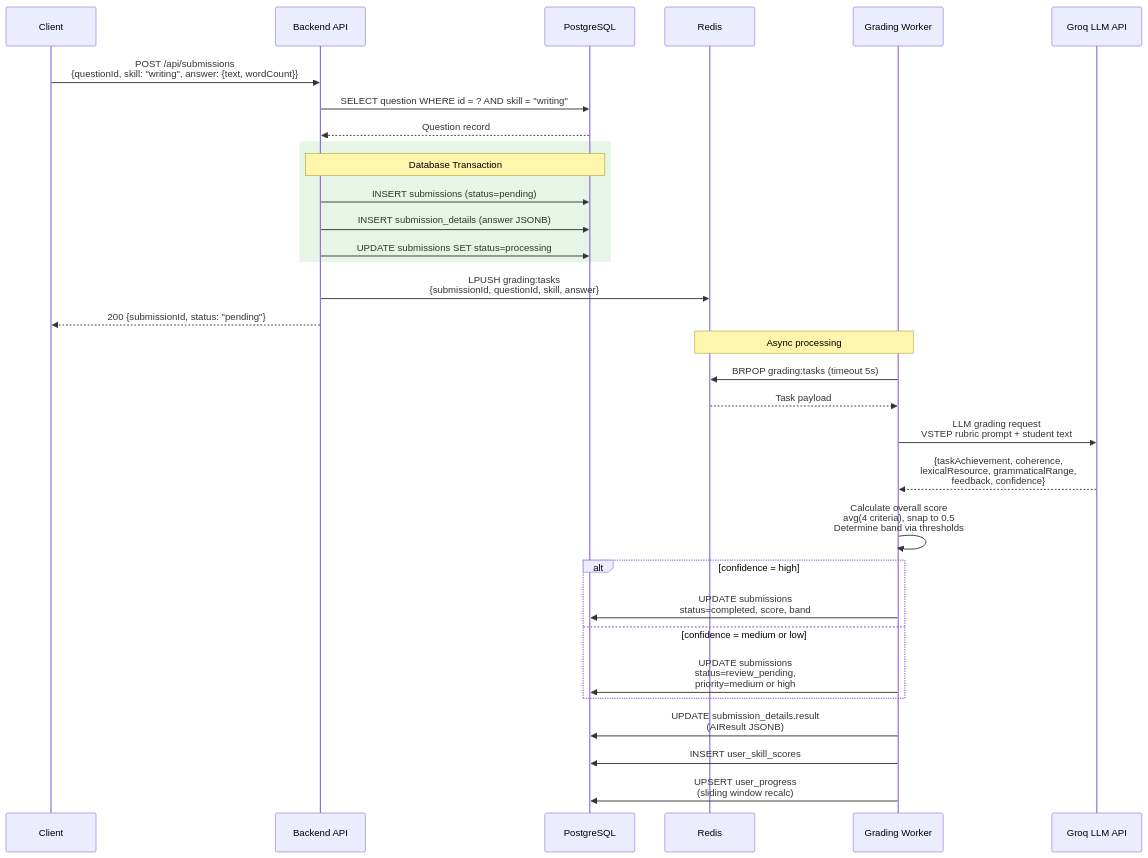
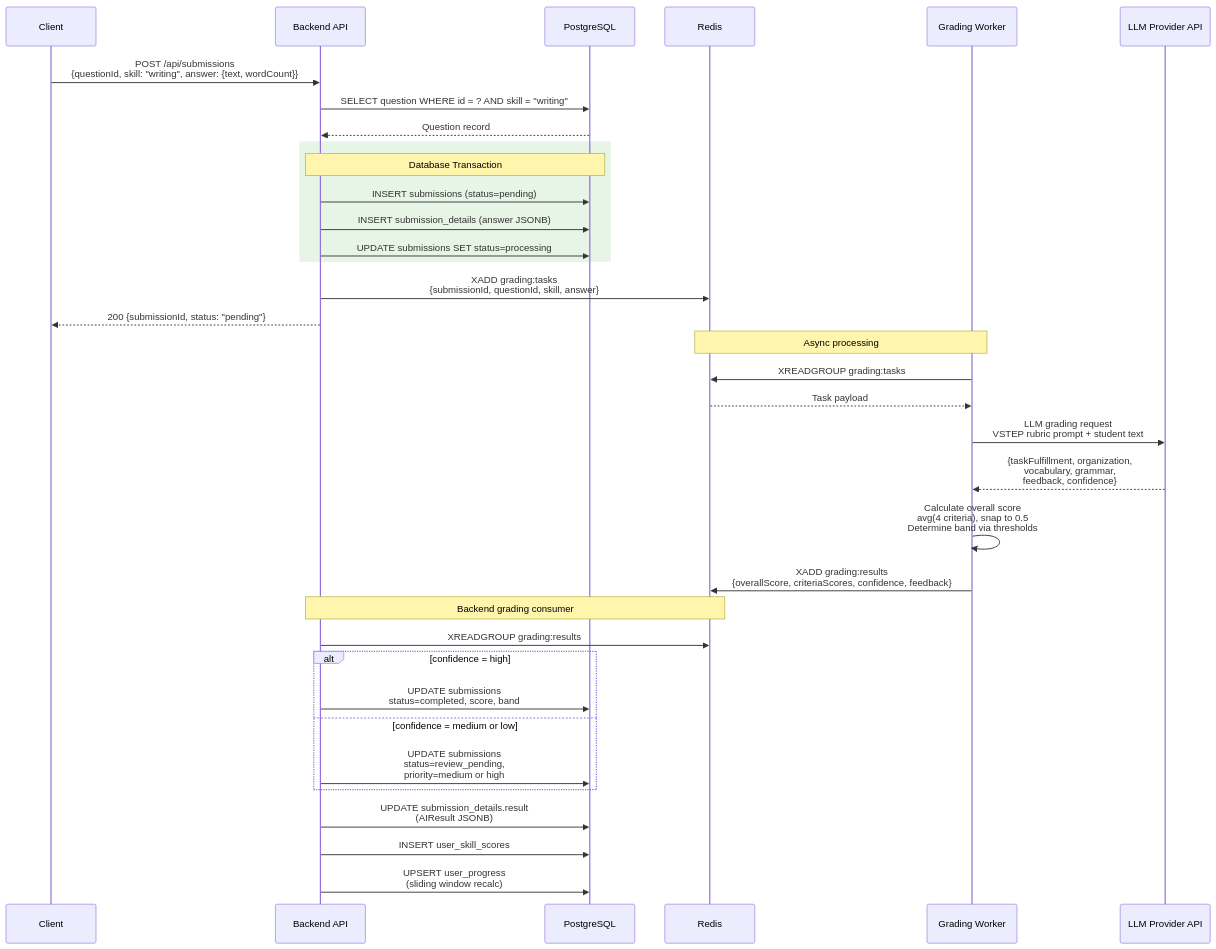
One commit to 81CuongVn/VSTEP changed the eighth of 16 diagrams in docs/capstone/reports/VI/report4-software-design-document.md. Above: the diagram before and after it, drawn with Mermaid. The commit also changed other lines of this file and 1 other file, not shown here.

````diff
--- a/docs/capstone/reports/VI/report4-software-design-document.md
+++ b/docs/capstone/reports/VI/report4-software-design-document.md
@@ -497,42 +491,47 @@
 ```mermaid
 sequenceDiagram
     participant C as Client
     participant B as Backend API
     participant DB as PostgreSQL
     participant R as Redis
     participant W as Grading Worker
-    participant G as Groq LLM API
+    participant G as LLM Provider API
 
     C->>B: POST /api/submissions<br/>{questionId, skill: "writing", answer: {text, wordCount}}
     B->>DB: SELECT question WHERE id = ? AND skill = "writing"
     DB-->>B: Question record
 
     rect rgb(230, 245, 230)
         Note over B,DB: Database Transaction
         B->>DB: INSERT submissions (status=pending)
         B->>DB: INSERT submission_details (answer JSONB)
         B->>DB: UPDATE submissions SET status=processing
     end
 
-    B->>R: LPUSH grading:tasks<br/>{submissionId, questionId, skill, answer}
+    B->>R: XADD grading:tasks<br/>{submissionId, questionId, skill, answer}
     B-->>C: 200 {submissionId, status: "pending"}
 
     Note over W,R: Async processing
-    W->>R: BRPOP grading:tasks (timeout 5s)
+    W->>R: XREADGROUP grading:tasks
     R-->>W: Task payload
 
     W->>G: LLM grading request<br/>VSTEP rubric prompt + student text
-    G-->>W: {taskAchievement, coherence,<br/>lexicalResource, grammaticalRange,<br/>feedback, confidence}
+    G-->>W: {taskFulfillment, organization,<br/>vocabulary, grammar,<br/>feedback, confidence}
 
     W->>W: Calculate overall score<br/>avg(4 criteria), snap to 0.5<br/>Determine band via thresholds
 
+    W->>R: XADD grading:results<br/>{overallScore, criteriaScores, confidence, feedback}
+
+    Note over B,R: Backend grading consumer
+    B->>R: XREADGROUP grading:results
+
     alt confidence = high
-        W->>DB: UPDATE submissions<br/>status=completed, score, band
+        B->>DB: UPDATE submissions<br/>status=completed, score, band
     else confidence = medium or low
-        W->>DB: UPDATE submissions<br/>status=review_pending,<br/>priority=medium or high
+        B->>DB: UPDATE submissions<br/>status=review_pending,<br/>priority=medium or high
     end
 
-    W->>DB: UPDATE submission_details.result<br/>(AIResult JSONB)
-    W->>DB: INSERT user_skill_scores
-    W->>DB: UPSERT user_progress<br/>(sliding window recalc)
+    B->>DB: UPDATE submission_details.result<br/>(AIResult JSONB)
+    B->>DB: INSERT user_skill_scores
+    B->>DB: UPSERT user_progress<br/>(sliding window recalc)
 ```
````
